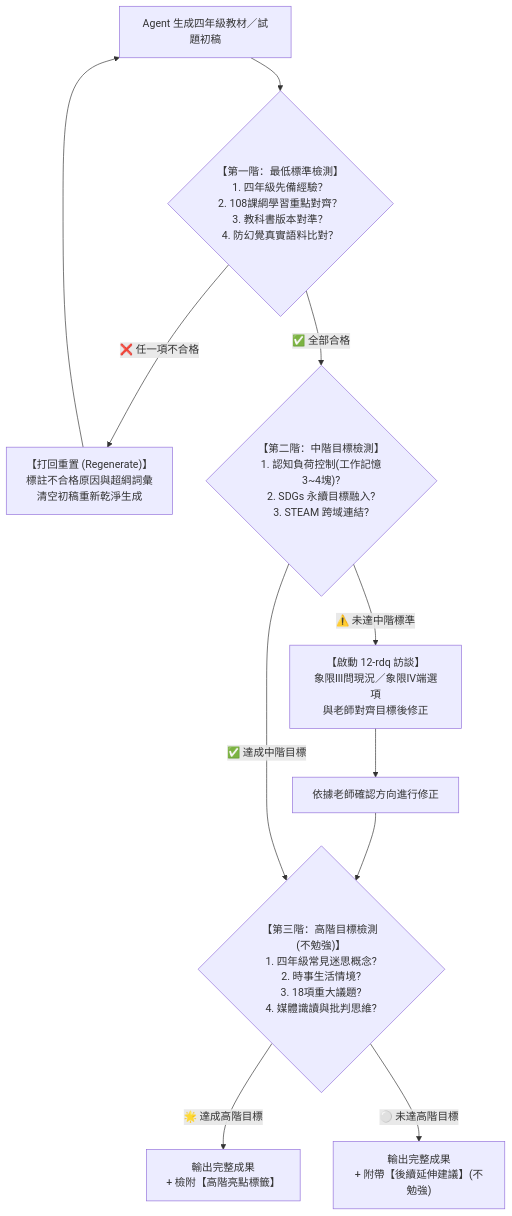
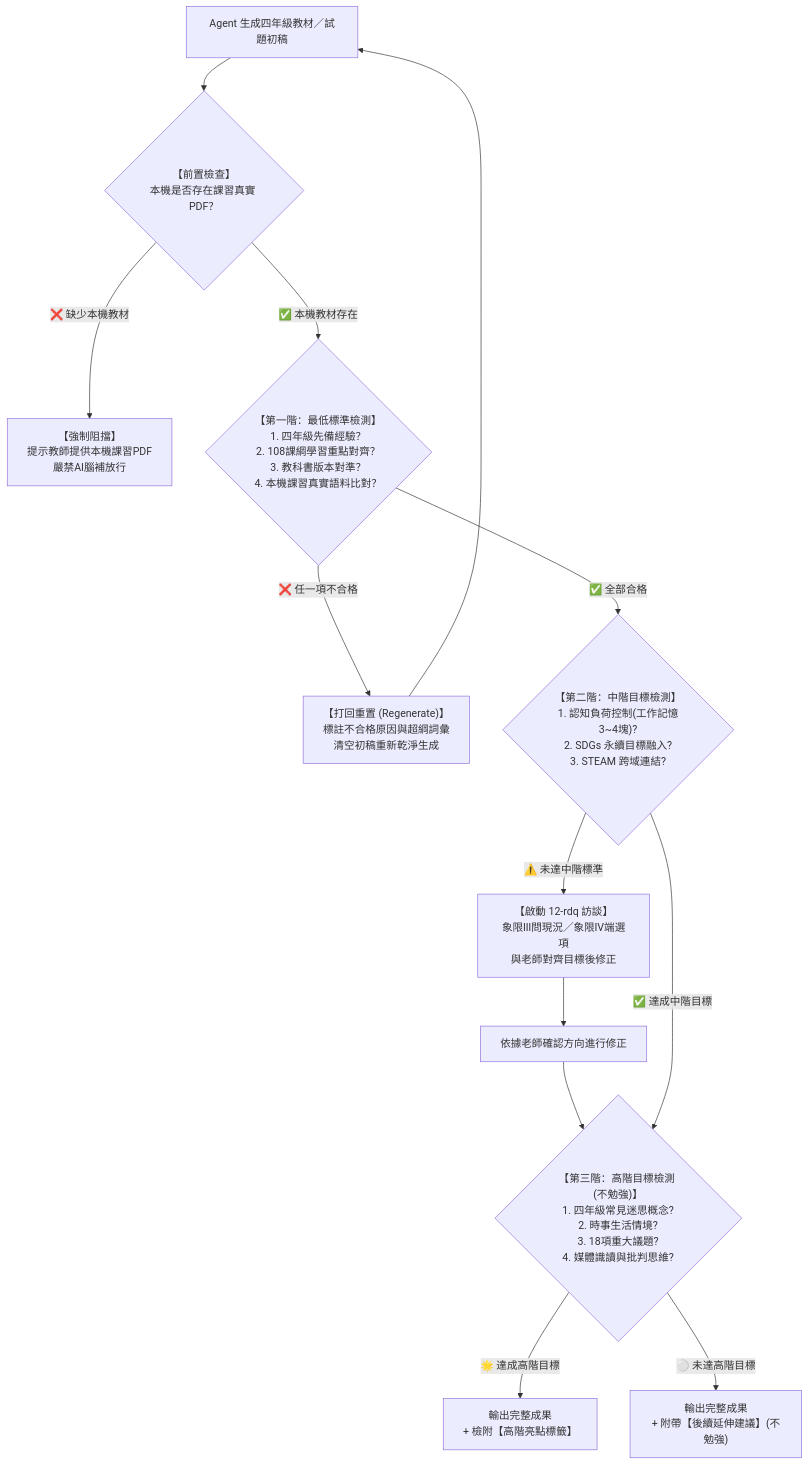
Before and after one commit to asc103138/antui: the diagram in skills_docs/17-g4-curriculum-review.md, drawn with Mermaid. The commit also changed other lines of this file and 6 other files, not shown here.

````diff
--- a/skills_docs/17-g4-curriculum-review.md
+++ b/skills_docs/17-g4-curriculum-review.md
@@ -36,18 +50,20 @@
 ```mermaid
 flowchart TD
-    Start["Agent 生成四年級教材／試題初稿"] --> Gate1{"【第一階：最低標準檢測】<br>1. 四年級先備經驗？<br>2. 108課綱學習重點對齊？<br>3. 教科書版本對準？<br>4. 防幻覺真實語料比對？"}
+    Start["Agent 生成四年級教材／試題初稿"] --> Gate0{"【前置檢查】<br>本機是否存在課習真實 PDF？"}
+    Gate0 -- "❌ 缺少本機教材" --> AlertStop["【強制阻擋】<br>提示教師提供本機課習PDF<br>嚴禁AI腦補放行"]
+    Gate0 -- "✅ 本機教材存在" --> Gate1{"【第一階：最低標準檢測】<br>1. 四年級先備經驗？<br>2. 108課綱學習重點對齊？<br>3. 教科書版本對準？<br>4. 本機課習真實語料比對？"}
     
     Gate1 -- "❌ 任一項不合格" --> Reject["【打回重置 (Regenerate)】<br>標註不合格原因與超綱詞彙<br>清空初稿重新乾淨生成"]
     Reject --> Start
     
     Gate1 -- "✅ 全部合格" --> Gate2{"【第二階：中階目標檢測】<br>1. 認知負荷控制(工作記憶3~4塊)?<br>2. SDGs 永續目標融入?<br>3. STEAM 跨域連結?"}
     
     Gate2 -- "⚠️ 未達中階標準" --> RDQ["【啟動 12-rdq 訪談】<br>象限Ⅲ問現況／象限Ⅳ端選項<br>與老師對齊目標後修正"]
     RDQ --> Revise["依據老師確認方向進行修正"]
     Revise --> Gate3
     
     Gate2 -- "✅ 達成中階目標" --> Gate3{"【第三階：高階目標檢測 (不勉強)】<br>1. 四年級常見迷思概念?<br>2. 時事生活情境?<br>3. 18項重大議題?<br>4. 媒體識讀與批判思維?"}
     
     Gate3 -- "🌟 達成高階目標" --> FinalPass["輸出完整成果<br>+ 檢附【高階亮點標籤】"]
     Gate3 -- "⚪ 未達高階目標" --> Pass["輸出完整成果<br>+ 附帶【後續延伸建議】(不勉強)"]
 ```
````
